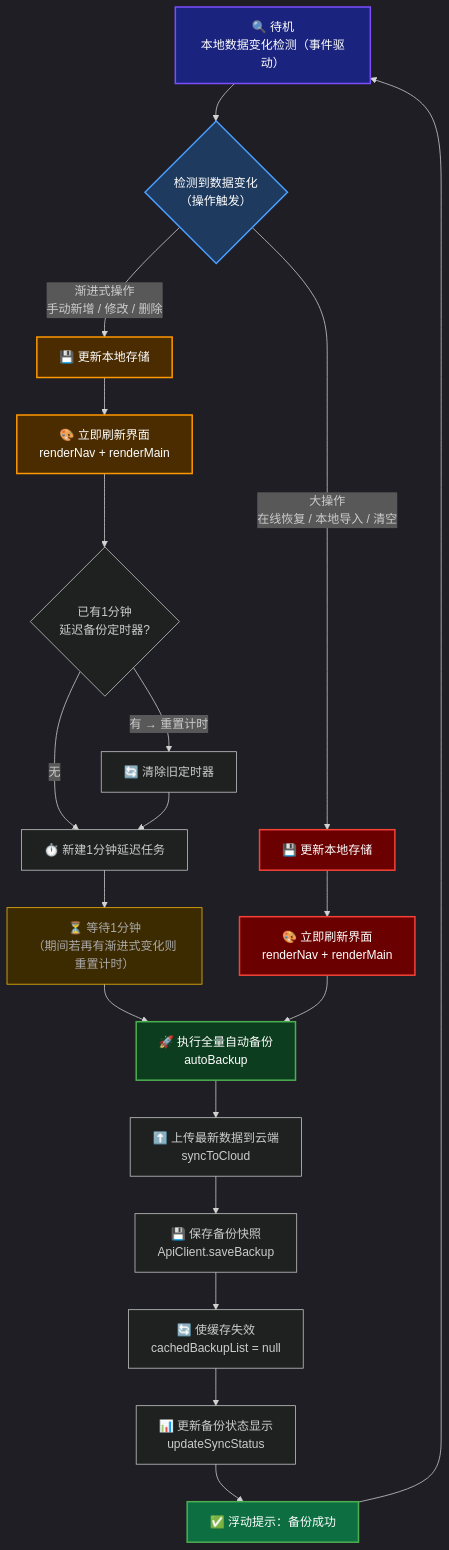
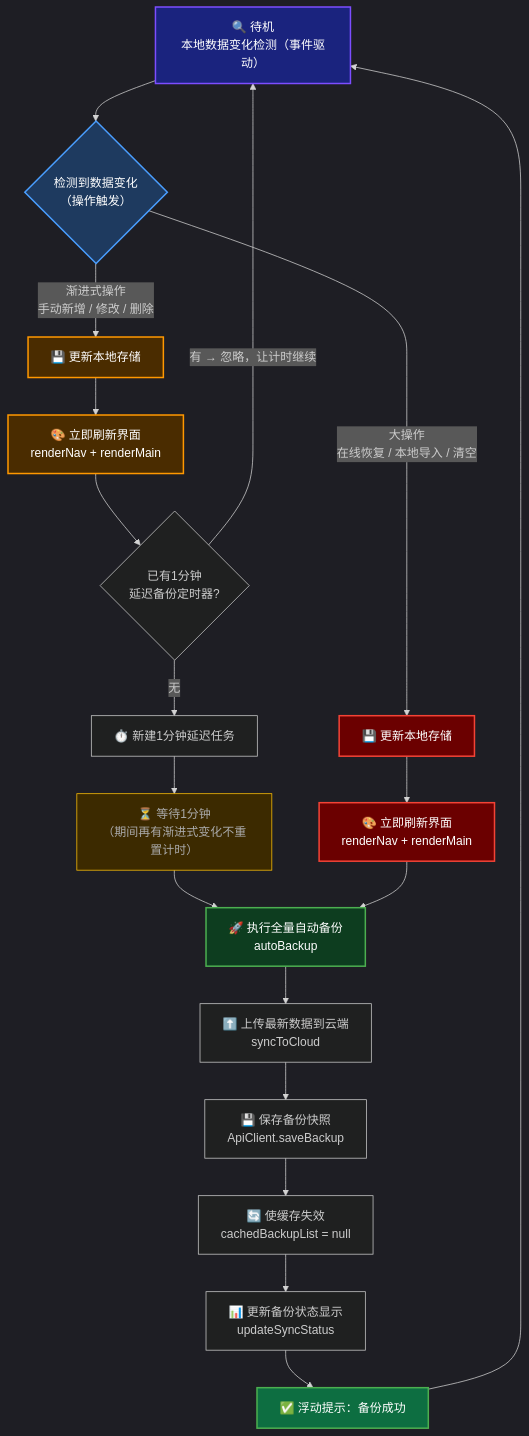
One commit to Fuck996/yanyu_tools changed the third of 4 diagrams in doc/FLOWCHART_DIAGRAMS.md. Above: the diagram before and after it, drawn with Mermaid. The commit also changed other lines of this file, not shown here.

Commit message:
流程图3：渐进式操作不重置1分钟计时器

````diff
--- a/doc/FLOWCHART_DIAGRAMS.md
+++ b/doc/FLOWCHART_DIAGRAMS.md
@@ -129,39 +129,38 @@
 ```mermaid
 %%{init: {'theme':'dark'}}%%
 graph TD
     IDLE["🔍 待机<br/>本地数据变化检测（事件驱动）"]
 
     IDLE --> OP{"检测到数据变化<br/>（操作触发）"}
 
     OP -->|"渐进式操作<br/>手动新增 / 修改 / 删除"| P_LOCAL["💾 更新本地存储"]
     OP -->|"大操作<br/>在线恢复 / 本地导入 / 清空"| R_LOCAL["💾 更新本地存储"]
 
     P_LOCAL --> P_UI["🎨 立即刷新界面<br/>renderNav + renderMain"]
     R_LOCAL --> R_UI["🎨 立即刷新界面<br/>renderNav + renderMain"]
 
     P_UI --> TIMER{"已有1分钟<br/>延迟备份定时器?"}
-    TIMER -->|"有 → 重置计时"| RESET["🔄 清除旧定时器"]
-    TIMER -->|"无"| SET
-    RESET --> SET["⏱️ 新建1分钟延迟任务"]
-    SET --> WAIT["⏳ 等待1分钟<br/>（期间若再有渐进式变化则重置计时）"]
+    TIMER -->|"有 → 忽略，让计时继续"| IDLE
+    TIMER -->|"无"| SET["⏱️ 新建1分钟延迟任务"]
+    SET --> WAIT["⏳ 等待1分钟<br/>（期间再有渐进式变化不重置计时）"]
     WAIT --> BACKUP
 
     R_UI --> BACKUP["🚀 执行全量自动备份<br/>autoBackup"]
 
     BACKUP --> SYNC["⬆️ 上传最新数据到云端<br/>syncToCloud"]
     SYNC --> SAVE_BK["💾 保存备份快照<br/>ApiClient.saveBackup"]
     SAVE_BK --> INVAL["🔄 使缓存失效<br/>cachedBackupList = null"]
     INVAL --> STATUS["📊 更新备份状态显示<br/>updateSyncStatus"]
     STATUS --> NOTIFY["✅ 浮动提示：备份成功"]
     NOTIFY --> IDLE
 
     style IDLE fill:#1a237e,stroke:#7c4dff,stroke-width:2px,color:#fff
     style OP fill:#1e3a5f,stroke:#4a9eff,stroke-width:2px,color:#fff
     style P_LOCAL fill:#4a2c00,stroke:#ff9800,stroke-width:2px,color:#fff
     style R_LOCAL fill:#6b0000,stroke:#f44336,stroke-width:2px,color:#fff
     style P_UI fill:#4a2c00,stroke:#ff9800,stroke-width:2px,color:#fff
     style R_UI fill:#6b0000,stroke:#f44336,stroke-width:2px,color:#fff
     style WAIT fill:#3c2a00,stroke:#ffc107,stroke-width:1px,color:#aaa
     style BACKUP fill:#0d3d1f,stroke:#4caf50,stroke-width:2px,color:#fff
     style NOTIFY fill:#0d6e41,stroke:#4caf50,stroke-width:2px,color:#fff
 ```
````
